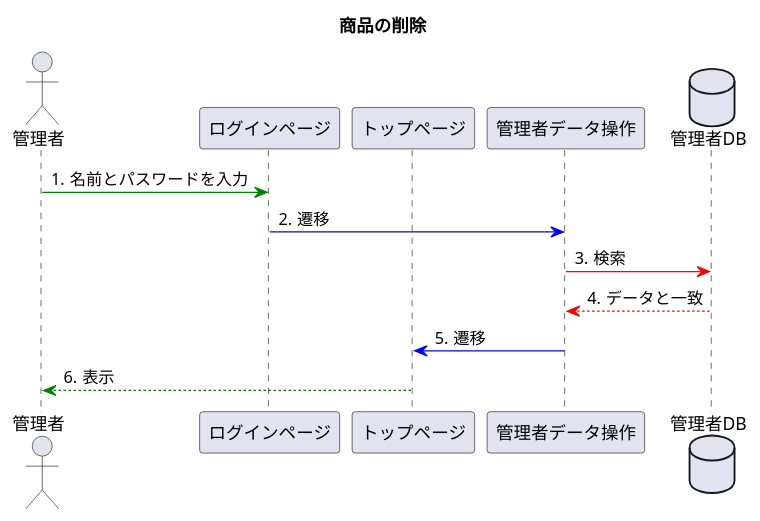
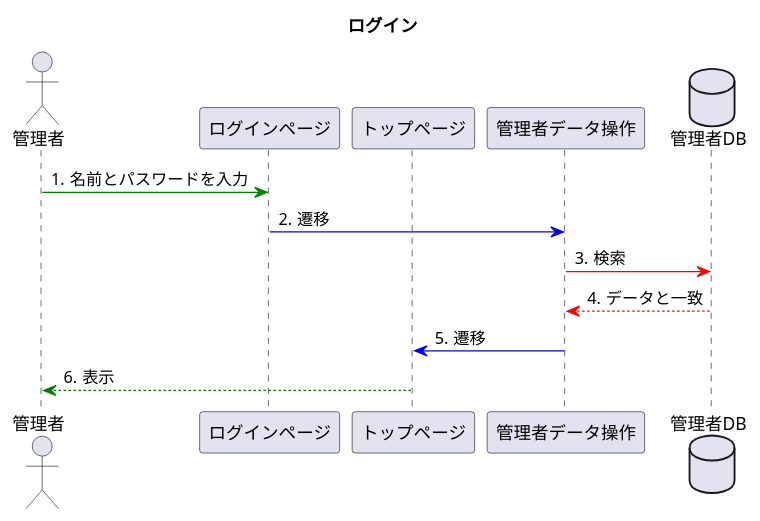
One commit to toufu66/ProjectC changed the diagram in uml/seq_login.pu. Above: the diagram before and after it, drawn with PlantUML. The commit also changed 1 other file, not shown here.

Commit message:
ログアウトシーケンス図

```diff
--- a/uml/seq_login.pu
+++ b/uml/seq_login.pu
@@ -1,22 +1,22 @@
 @startuml
 
-title 商品の削除
+title ログイン
 
 autonumber "#."
 
 actor 管理者
 participant ログインページ
 participant トップページ
 participant 管理者データ操作
 database 管理者DB
 
 管理者 -[#green]> ログインページ:名前とパスワードを入力
 ログインページ -[#blue]> 管理者データ操作:遷移
 管理者データ操作 -[#red]> 管理者DB:検索
 管理者DB --[#red]> 管理者データ操作:データと一致
 管理者データ操作 -[#blue]> トップページ:遷移
 トップページ --[#green]> 管理者 :表示
 
 
 
 @enduml
```
